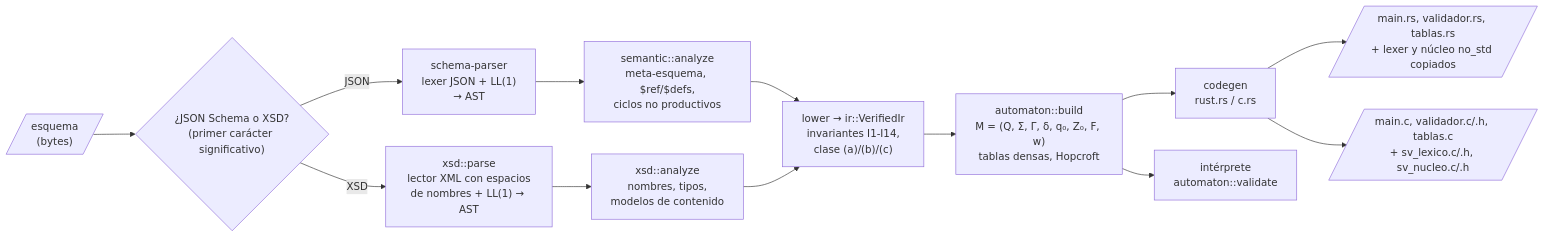
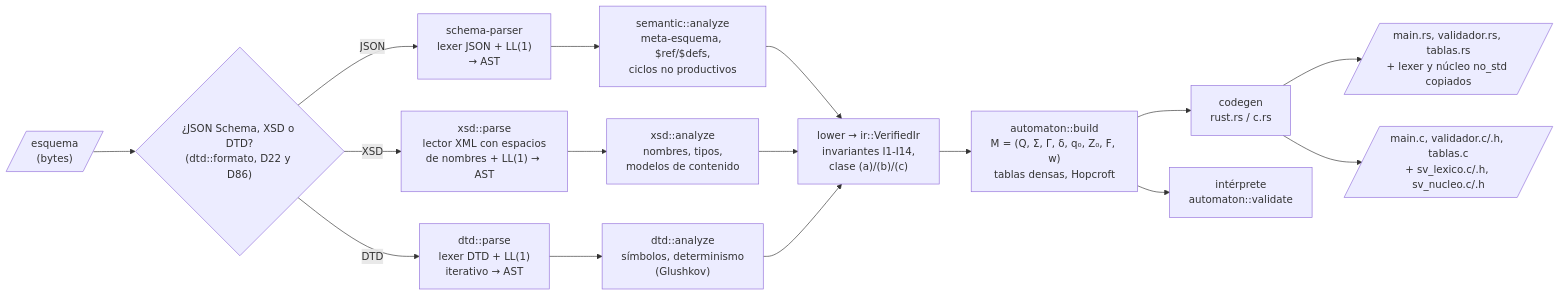
One commit to leonardo079/Validador_de_Esquemas_JSON-XML_con_Aut-matas_de_Pila_Ponderados changed the first of 4 diagrams in docs/arquitectura.md. Above: the diagram before and after it, drawn with Mermaid. The commit also changed other lines of this file and 12 other files, not shown here.

````diff
--- a/docs/arquitectura.md
+++ b/docs/arquitectura.md
@@ -15,15 +15,18 @@
 ```mermaid
 flowchart LR
-  E[/"esquema<br/>(bytes)"/] --> F{"¿JSON Schema o XSD?<br/>(primer carácter significativo)"}
+  E[/"esquema<br/>(bytes)"/] --> F{"¿JSON Schema, XSD o DTD?<br/>(dtd::formato, D22 y D86)"}
   F -- JSON --> SP["schema-parser<br/>lexer JSON + LL(1)<br/>→ AST"]
   F -- XSD --> XP["xsd::parse<br/>lector XML con espacios<br/>de nombres + LL(1) → AST"]
+  F -- DTD --> DP["dtd::parse<br/>lexer DTD + LL(1)<br/>iterativo → AST"]
   SP --> SE["semantic::analyze<br/>meta-esquema, $ref/$defs,<br/>ciclos no productivos"]
   XP --> XA["xsd::analyze<br/>nombres, tipos,<br/>modelos de contenido"]
   SE --> LO["lower → ir::VerifiedIr<br/>invariantes I1-I14,<br/>clase (a)/(b)/(c)"]
   XA --> LO
+  DP --> DA["dtd::analyze<br/>símbolos, determinismo<br/>(Glushkov)"]
+  DA --> LO
   LO --> AU["automaton::build<br/>M = (Q, Σ, Γ, δ, q₀, Z₀, F, w)<br/>tablas densas, Hopcroft"]
   AU --> CG["codegen<br/>rust.rs / c.rs"]
   AU --> IN["intérprete<br/>automaton::validate"]
   CG --> R[/"main.rs, validador.rs, tablas.rs<br/>+ lexer y núcleo no_std copiados"/]
   CG --> C[/"main.c, validador.c/.h, tablas.c<br/>+ sv_lexico.c/.h, sv_nucleo.c/.h"/]
 ```
````
